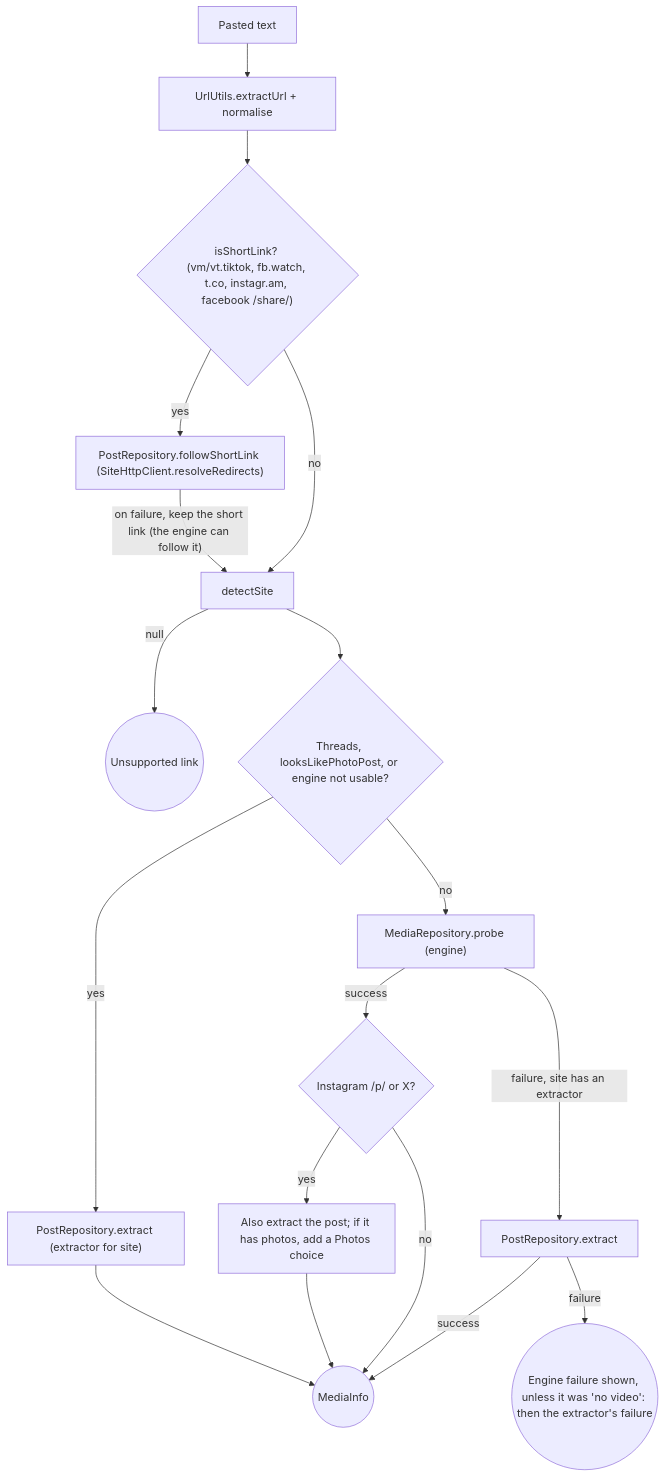
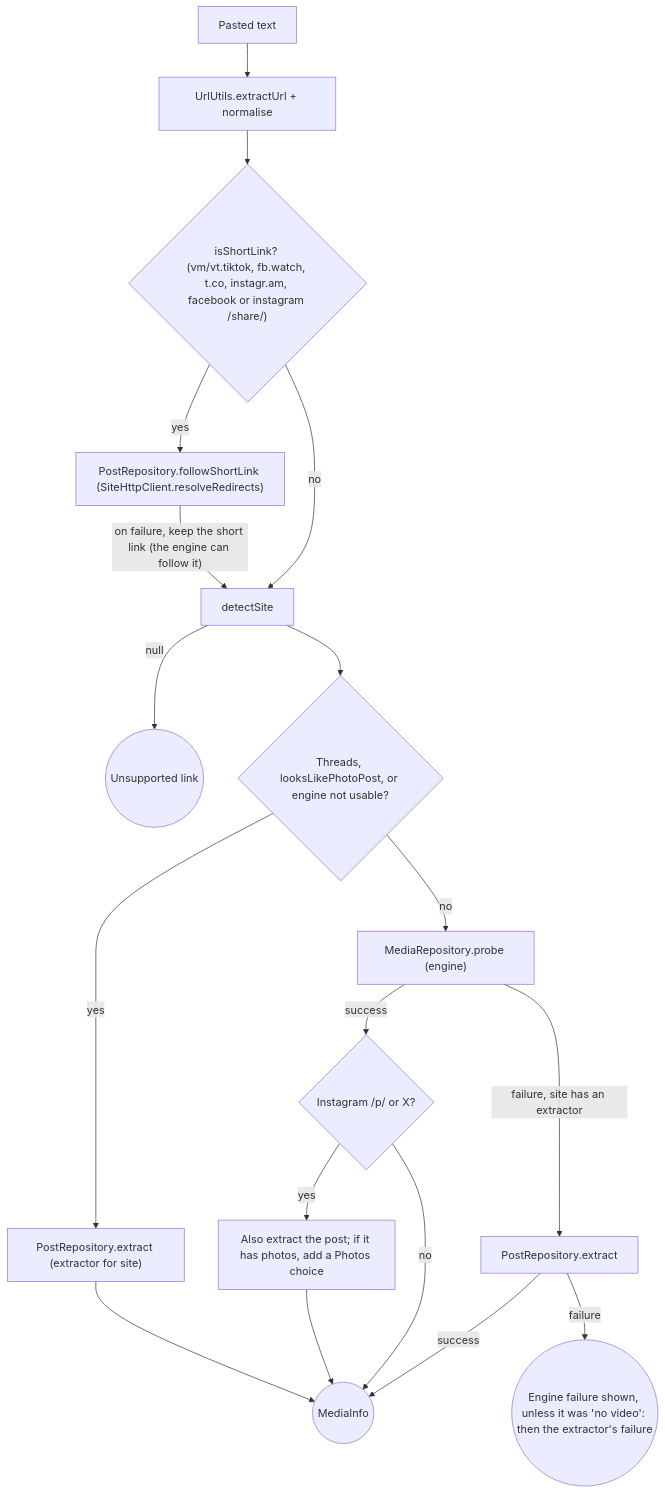
Before and after one commit to gaurishankar007/Flutter-Media-Downloader: the diagram in docs/extractors/photo_extractors.md, drawn with Mermaid. The commit also changed other lines of this file and 10 other files, not shown here.

````diff
--- a/docs/extractors/photo_extractors.md
+++ b/docs/extractors/photo_extractors.md
@@ -37,20 +37,20 @@
 ```mermaid
 flowchart TD
     A["Pasted text"] --> B["UrlUtils.extractUrl + normalise"]
-    B --> C{"isShortLink? (vm/vt.tiktok, fb.watch, t.co, instagr.am, facebook /share/)"}
+    B --> C{"isShortLink? (vm/vt.tiktok, fb.watch, t.co, instagr.am, facebook or instagram /share/)"}
     C -- yes --> D["PostRepository.followShortLink (SiteHttpClient.resolveRedirects)"]
     C -- no --> E
     D -- "on failure, keep the short link (the engine can follow it)" --> E["detectSite"]
     E -- "null" --> U(("Unsupported link"))
     E --> F{"Threads, looksLikePhotoPost, or engine not usable?"}
     F -- yes --> P["PostRepository.extract (extractor for site)"]
     F -- no --> H["MediaRepository.probe (engine)"]
     H -- success --> W{"Instagram /p/ or X?"}
     W -- yes --> X["Also extract the post; if it has photos, add a Photos choice"]
     W -- no --> OK(("MediaInfo"))
     X --> OK
     H -- "failure, site has an extractor" --> P2["PostRepository.extract"]
     P2 -- success --> OK
     P2 -- failure --> R(("Engine failure shown, unless it was 'no video': then the extractor's failure"))
     P --> OK
 ```
````
